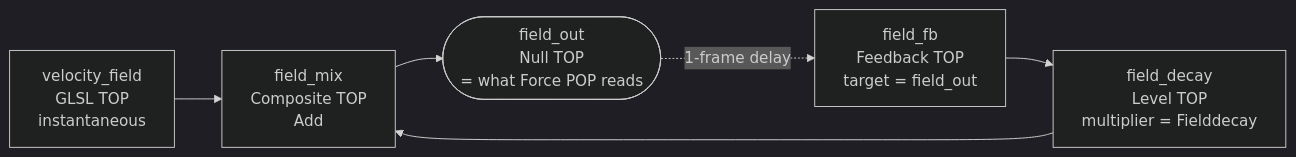
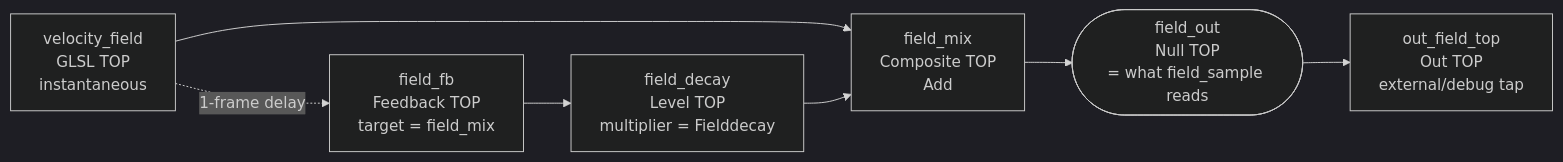
Before and after one commit to laubsauger/mediapipe_particle_base: the second of 4 diagrams in velocity_controller_setup.md, drawn with Mermaid (dark theme). The commit also changed other lines of this file and 20 other files, not shown here.

````diff
--- a/velocity_controller_setup.md
+++ b/velocity_controller_setup.md
@@ -353,12 +409,13 @@
 ```mermaid
 flowchart LR
     velocity_field[velocity_field<br/>GLSL TOP<br/>instantaneous]
     field_mix[field_mix<br/>Composite TOP<br/>Add]
-    field_out([field_out<br/>Null TOP<br/>= what Force POP reads])
-    field_fb[field_fb<br/>Feedback TOP<br/>target = field_out]
+    field_out([field_out<br/>Null TOP<br/>= what field_sample reads])
+    out_field_top[out_field_top<br/>Out TOP<br/>external/debug tap]
+    field_fb[field_fb<br/>Feedback TOP<br/>target = field_mix]
     field_decay[field_decay<br/>Level TOP<br/>multiplier = Fielddecay]
 
-    velocity_field --> field_mix --> field_out
-    field_out -. 1-frame delay .-> field_fb
+    velocity_field --> field_mix --> field_out --> out_field_top
+    velocity_field -. 1-frame delay .-> field_fb
     field_fb --> field_decay --> field_mix
 ```
````
